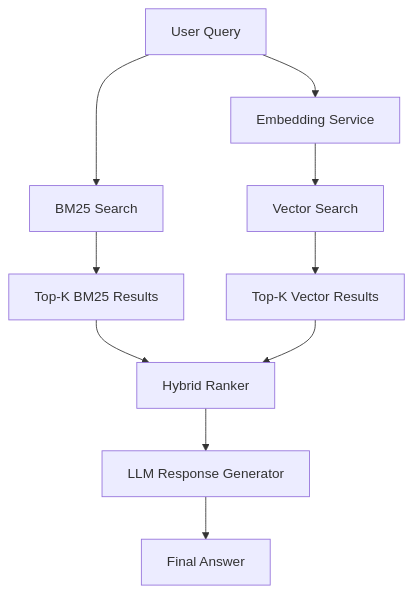
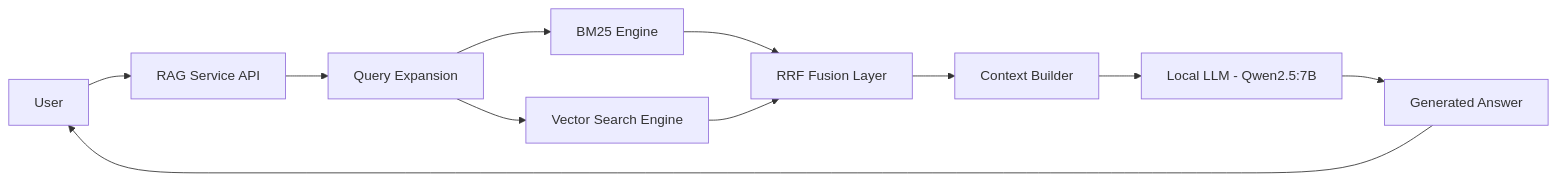
Before and after one commit to eyespan/ai-analytics-copilot: the second of 4 diagrams in DESIGN_LEVEL3.md, drawn with Mermaid. The commit also changed other lines of this file and 1 other file, not shown here.

Commit message:
level3 changes

````diff
--- a/DESIGN_LEVEL3.md
+++ b/DESIGN_LEVEL3.md
@@ -52,16 +60,18 @@
 ```mermaid
-flowchart TD
-    Q[User Query] --> E[Embedding Service]
+flowchart LR
 
-    Q --> B[BM25 Search]
-    E --> V[Vector Search]
+User --> Gateway[RAG Service API]
 
-    B --> R1[Top-K BM25 Results]
-    V --> R2[Top-K Vector Results]
+Gateway --> Expand[Query Expansion]
+Expand --> BM25[BM25 Engine]
+Expand --> Vector[Vector Search Engine]
 
-    R1 --> H[Hybrid Ranker]
-    R2 --> H
+BM25 --> Fusion[RRF Fusion Layer]
+Vector --> Fusion
 
-    H --> L[LLM Response Generator]
-    L --> A[Final Answer]
+Fusion --> Context[Context Builder]
+Context --> Ollama[Local LLM - Qwen2.5:7B]
+
+Ollama --> Response[Generated Answer]
+Response --> User
 ```
````
